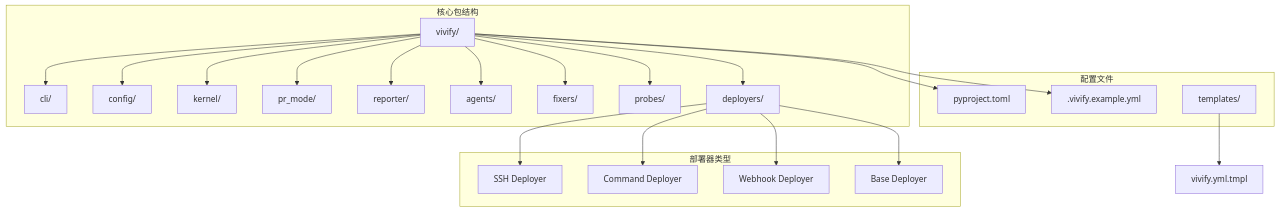
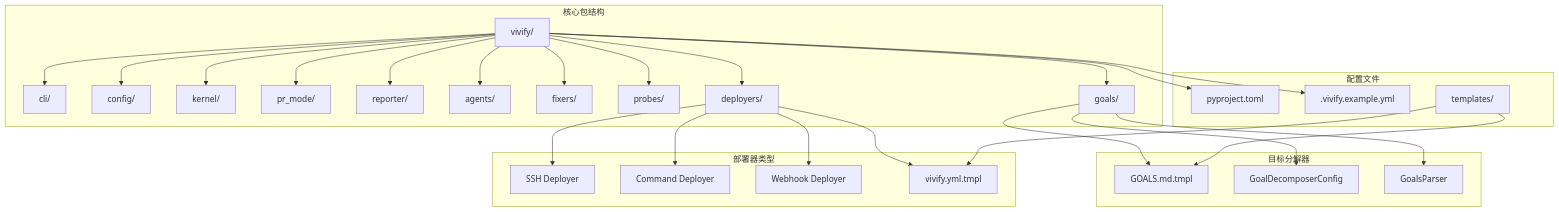
The first of 12 diagrams in .qoder/repowiki/zh/content/技术实现参考/代码替换策略/核心内核循环和文档更新.md (pinsonchen/vivify), drawn with Mermaid before and after one commit. The commit also changed other lines of this file and 6 other files, not shown here.

````diff
--- a/.qoder/repowiki/zh/content/技术实现参考/代码替换策略/核心内核循环和文档更新.md
+++ b/.qoder/repowiki/zh/content/技术实现参考/代码替换策略/核心内核循环和文档更新.md
@@ -48,32 +53,42 @@
 ```mermaid
 graph TB
 subgraph "核心包结构"
 A[vivify/] --> B[cli/]
 A --> C[config/]
 A --> D[kernel/]
 A --> E[pr_mode/]
 A --> F[reporter/]
 A --> G[agents/]
 A --> H[fixers/]
 A --> I[probes/]
 A --> J[deployers/]
+A --> K[goals/]
 end
 subgraph "配置文件"
-K[pyproject.toml]
-L[.vivify.example.yml]
-M[templates/]
+L[pyproject.toml]
+M[.vivify.example.yml]
+N[templates/]
 end
 subgraph "部署器类型"
-N[SSH Deployer]
-O[Command Deployer]
-P[Webhook Deployer]
-Q[Base Deployer]
+O[SSH Deployer]
+P[Command Deployer]
+Q[Webhook Deployer]
+R[Base Deployer]
 end
-A --> K
+subgraph "目标分解器"
+S[AgentGoalDecomposer]
+T[GoalDecomposerConfig]
+U[GoalsParser]
+end
 A --> L
-M --> R[vivify.yml.tmpl]
-J --> N
+A --> M
+N --> R[vivify.yml.tmpl]
+N --> S[GOALS.md.tmpl]
 J --> O
 J --> P
 J --> Q
+J --> R
+K --> S
+K --> T
+K --> U
 ```
````
